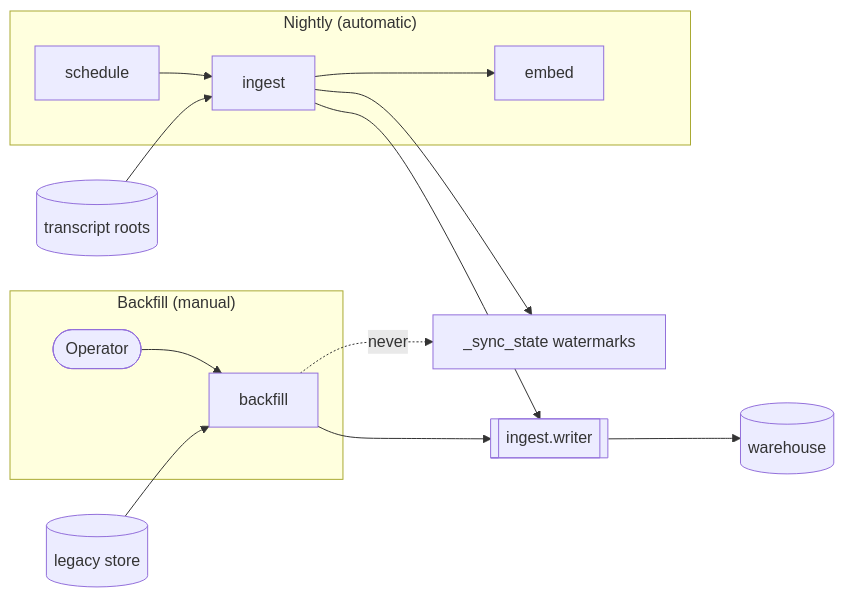
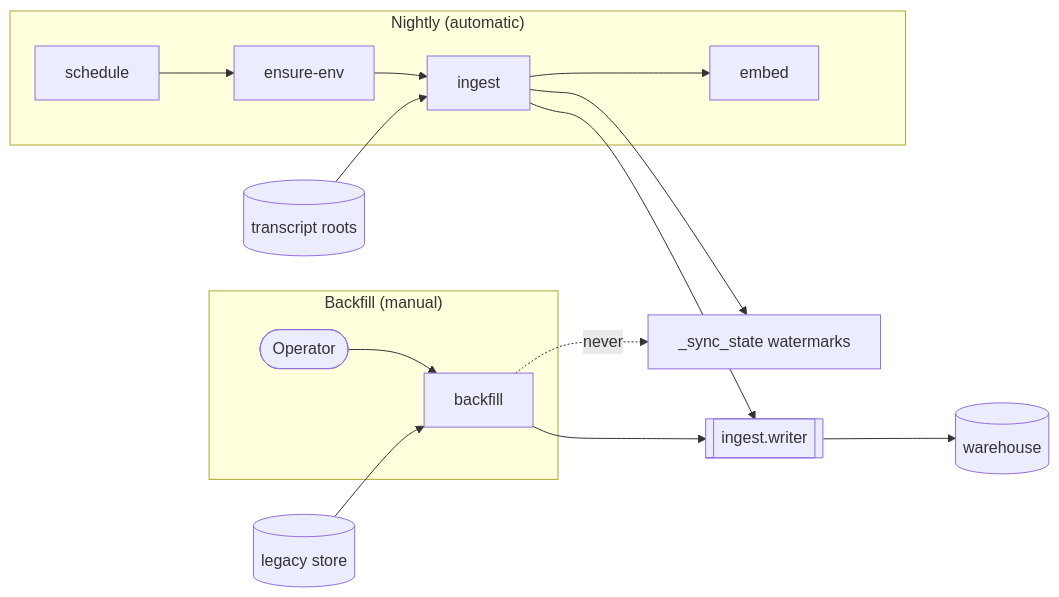
The diagram in docs/architecture/backfill.md (Texarkanine/stockroom), drawn with Mermaid before and after one commit. The commit also changed other lines of this file and 15 other files, not shown here.

Commit message:
fix: run ensure-env before the nightly ingest and embed (#149)

````diff
--- a/docs/architecture/backfill.md
+++ b/docs/architecture/backfill.md
@@ -20,16 +20,16 @@
 ```mermaid
 flowchart LR
     subgraph nightly["Nightly (automatic)"]
-        Sched[schedule] --> Ing[ingest] --> Emb[embed]
+        Sched[schedule] --> Heal[ensure-env] --> Ing[ingest] --> Emb[embed]
     end
     subgraph oneshot["Backfill (manual)"]
         Operator([Operator]) --> BF[backfill]
     end
     Roots[(transcript roots)] --> Ing
     Legacy[(legacy store)] --> BF
     Ing --> W[[ingest.writer]]
     BF --> W
     W --> WH[(warehouse)]
     Ing --> SS[_sync_state watermarks]
     BF -.->|never| SS
 ```
````
